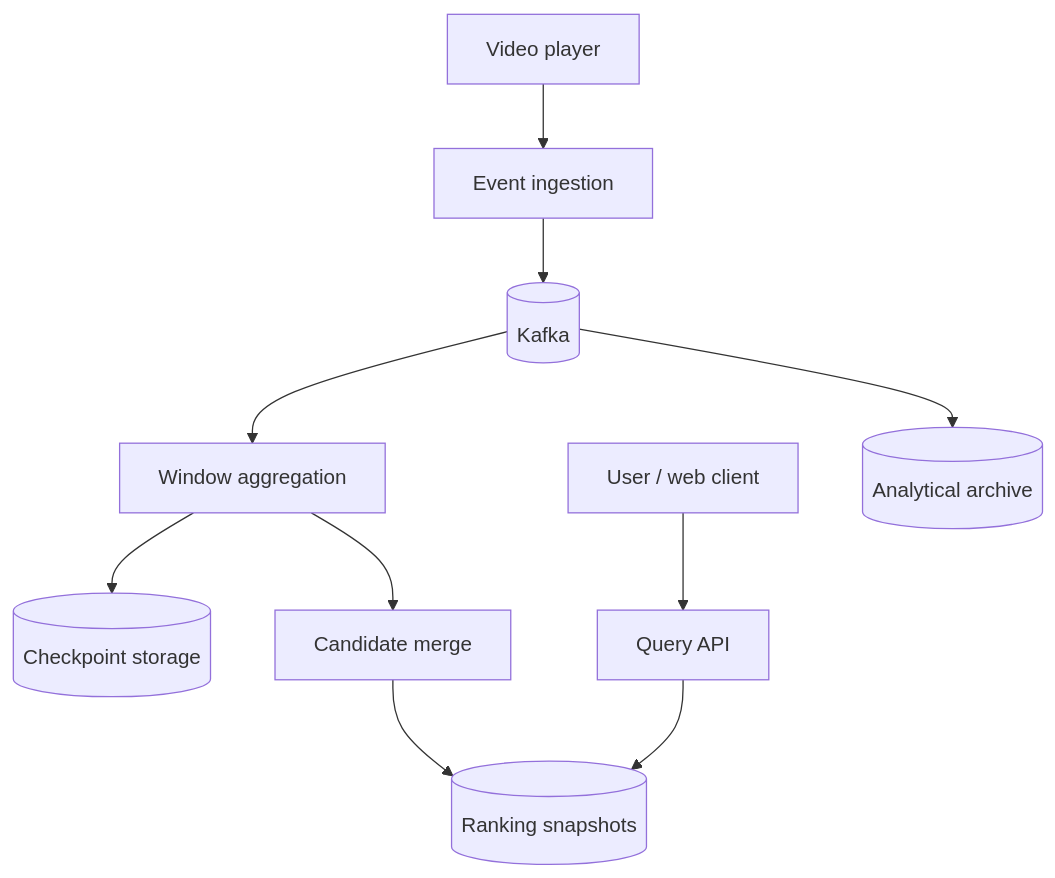
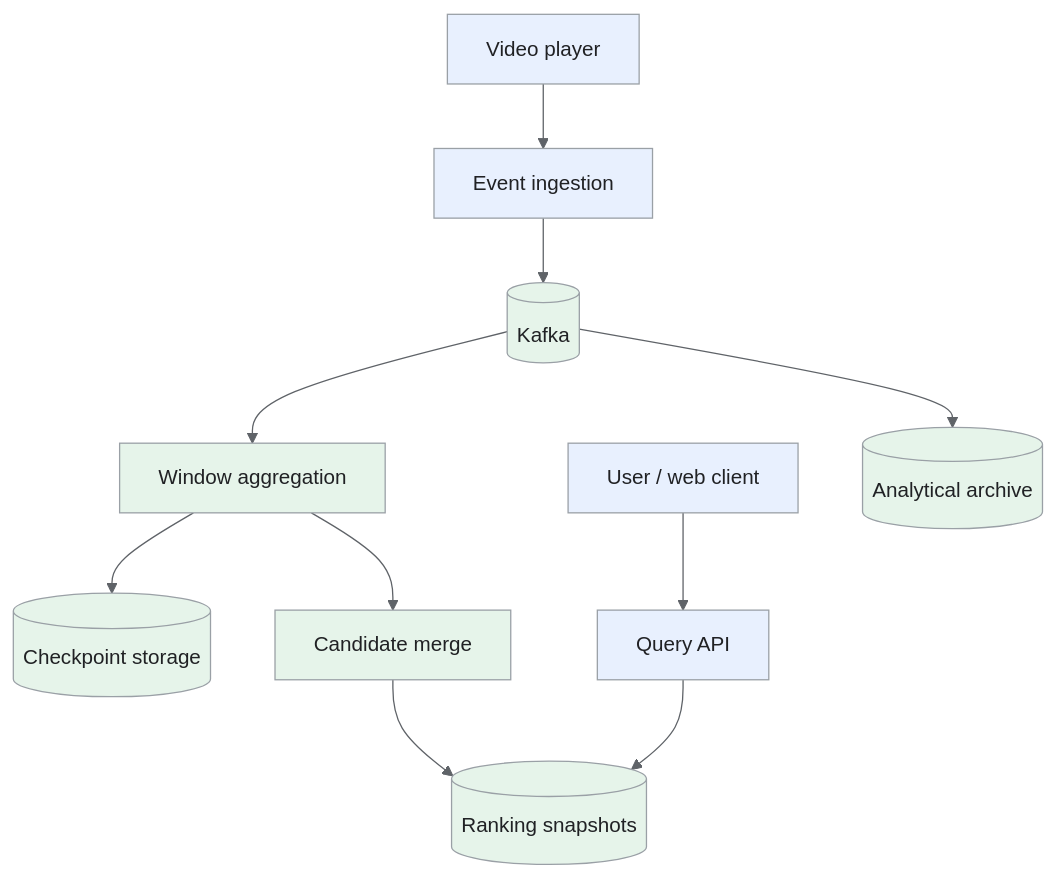
Before and after one commit to iliazlobin/iliazlobin.github.io: the first of 3 diagrams in _designs/system-design-top-k.md, drawn with Mermaid. The commit also changed other lines of this file and 25 other files, not shown here.

Commit message:
docs: explain Batch B design flows and tradeoffs

````diff
--- a/_designs/system-design-top-k.md
+++ b/_designs/system-design-top-k.md
@@ -122,12 +135,19 @@
 ```mermaid
+%%{init: {'theme':'base','themeVariables':{'primaryColor':'#e8f0fe','primaryTextColor':'#202124','primaryBorderColor':'#9aa0a6','lineColor':'#5f6368','secondaryColor':'#e6f4ea','tertiaryColor':'#fef7e0','actorBkg':'#e8f0fe','actorBorder':'#9aa0a6','actorTextColor':'#202124','noteBkgColor':'#fef7e0','noteTextColor':'#202124','noteBorderColor':'#9aa0a6','signalColor':'#5f6368','signalTextColor':'#202124','labelBoxBkgColor':'#fef7e0','labelBoxBorderColor':'#9aa0a6'}}}%%
 flowchart TB
   P["Video player"] --> I["Event ingestion"]
   I --> K[("Kafka")]
   K --> A["Window aggregation"]
   A --> S[("Checkpoint storage")]
   A --> M["Candidate merge"]
   M --> R[("Ranking snapshots")]
   U["User / web client"] --> Q["Query API"]
   Q --> R
   K --> O[("Analytical archive")]
+classDef request fill:#e8f0fe,stroke:#9aa0a6,color:#202124;
+classDef data fill:#e6f4ea,stroke:#9aa0a6,color:#202124;
+classDef control fill:#fef7e0,stroke:#9aa0a6,color:#202124;
+class P,I,U,Q request;
+class K,A,S,M,R,O data;
+
 ```
````
